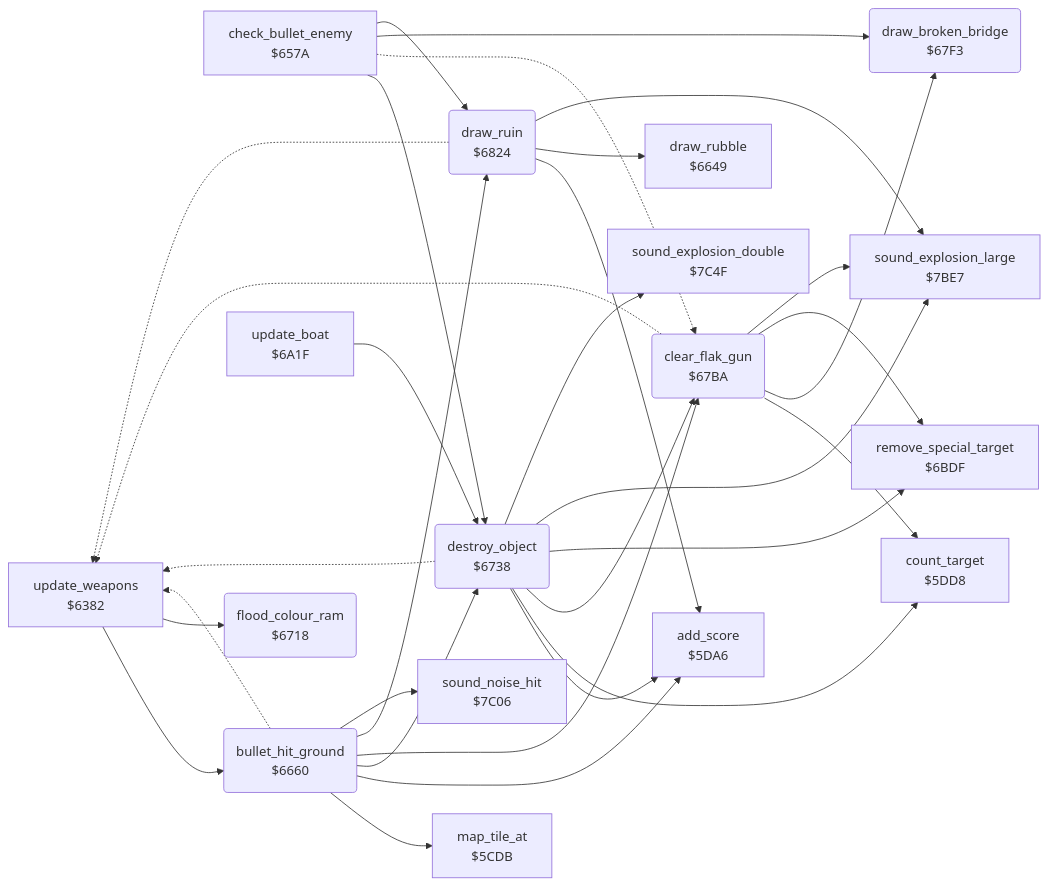
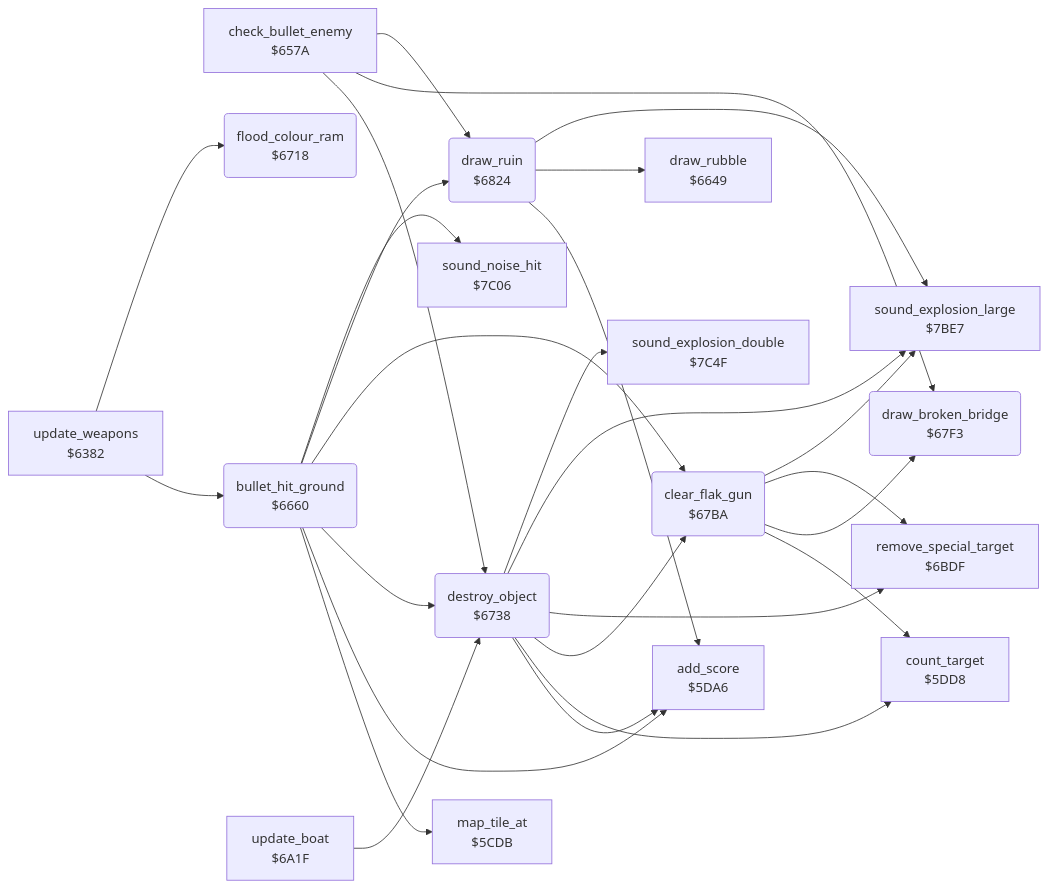
One commit to henols/c64_games changed the diagram in blue_max/docs/reference/modules/ground/ground_hits.md. Above: the diagram before and after it, drawn with Mermaid. The commit also changed other lines of this file and 1100 other files, not shown here.

````diff
--- a/blue_max/docs/reference/modules/ground/ground_hits.md
+++ b/blue_max/docs/reference/modules/ground/ground_hits.md
@@ -10,50 +30,45 @@
 ```mermaid
 flowchart LR
   n5cdb["map_tile_at<br/>$5CDB"]
   n5da6["add_score<br/>$5DA6"]
   n5dd8["count_target<br/>$5DD8"]
   n6382["update_weapons<br/>$6382"]
   n657a["check_bullet_enemy<br/>$657A"]
   n6649["draw_rubble<br/>$6649"]
   n6660("bullet_hit_ground<br/>$6660")
   n6718("flood_colour_ram<br/>$6718")
   n6738("destroy_object<br/>$6738")
   n67ba("clear_flak_gun<br/>$67BA")
   n67f3("draw_broken_bridge<br/>$67F3")
   n6824("draw_ruin<br/>$6824")
   n6a1f["update_boat<br/>$6A1F"]
   n6bdf["remove_special_target<br/>$6BDF"]
   n7be7["sound_explosion_large<br/>$7BE7"]
   n7c06["sound_noise_hit<br/>$7C06"]
   n7c4f["sound_explosion_double<br/>$7C4F"]
   n6382 --> n6660
   n6382 --> n6718
   n657a --> n6738
-  n657a -.-> n67ba
   n657a --> n67f3
   n657a --> n6824
   n6660 --> n5cdb
   n6660 --> n5da6
-  n6660 -.-> n6382
   n6660 --> n6738
   n6660 --> n67ba
   n6660 --> n6824
   n6660 --> n7c06
   n6738 --> n5da6
   n6738 --> n5dd8
-  n6738 -.-> n6382
   n6738 --> n67ba
   n6738 --> n6bdf
   n6738 --> n7be7
   n6738 --> n7c4f
   n67ba --> n5dd8
-  n67ba -.-> n6382
   n67ba --> n67f3
   n67ba --> n6bdf
   n67ba --> n7be7
   n6824 --> n5da6
-  n6824 -.-> n6382
   n6824 --> n6649
   n6824 --> n7be7
   n6a1f --> n6738
 ```
````
